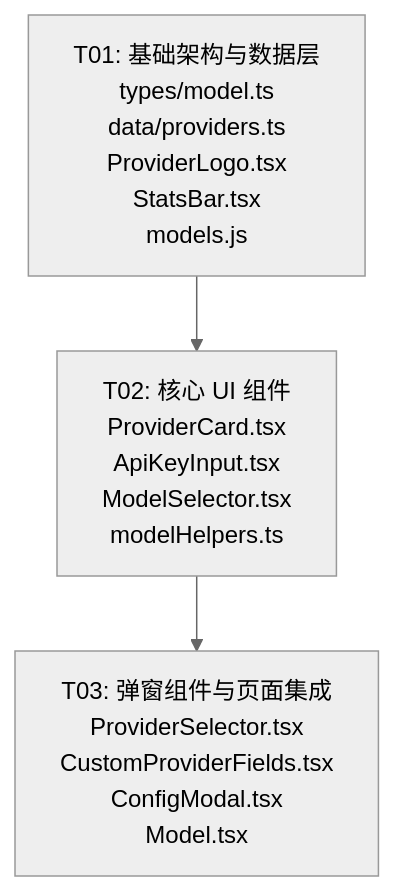
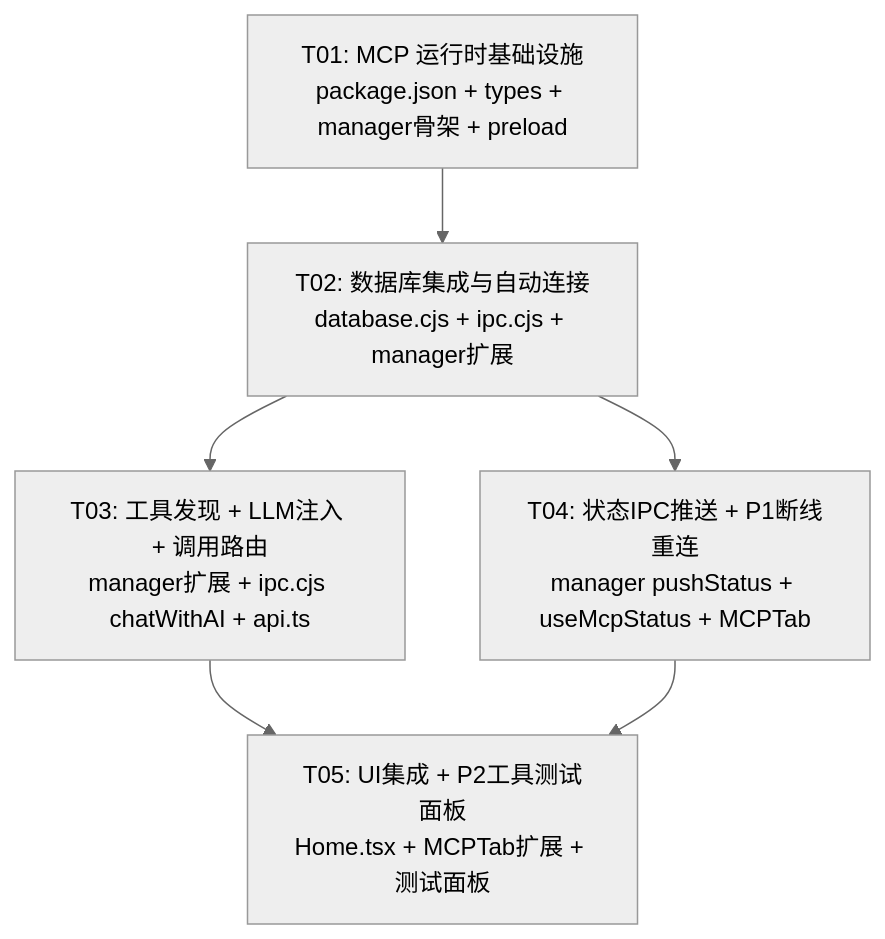
The sixth of 6 diagrams in docs/system_design.md (eafenzhang/workit), drawn with Mermaid (neutral theme) before and after one commit. The commit also changed other lines of this file and 21 other files, not shown here.

````diff
--- a/docs/system_design.md
+++ b/docs/system_design.md
@@ -469,9 +551,14 @@
 ```mermaid
 graph TD
-    T01["T01: 基础架构与数据层<br/>types/model.ts<br/>data/providers.ts<br/>ProviderLogo.tsx<br/>StatsBar.tsx<br/>models.js"]
-    T02["T02: 核心 UI 组件<br/>ProviderCard.tsx<br/>ApiKeyInput.tsx<br/>ModelSelector.tsx<br/>modelHelpers.ts"]
-    T03["T03: 弹窗组件与页面集成<br/>ProviderSelector.tsx<br/>CustomProviderFields.tsx<br/>ConfigModal.tsx<br/>Model.tsx"]
+    T01["T01: MCP 运行时基础设施<br/>package.json + types + manager骨架 + preload"]
+    T02["T02: 数据库集成与自动连接<br/>database.cjs + ipc.cjs + manager扩展"]
+    T03["T03: 工具发现 + LLM注入 + 调用路由<br/>manager扩展 + ipc.cjs chatWithAI + api.ts"]
+    T04["T04: 状态IPC推送 + P1断线重连<br/>manager pushStatus + useMcpStatus + MCPTab"]
+    T05["T05: UI集成 + P2工具测试面板<br/>Home.tsx + MCPTab扩展 + 测试面板"]
 
     T01 --> T02
     T02 --> T03
+    T02 --> T04
+    T03 --> T05
+    T04 --> T05
 ```
````
